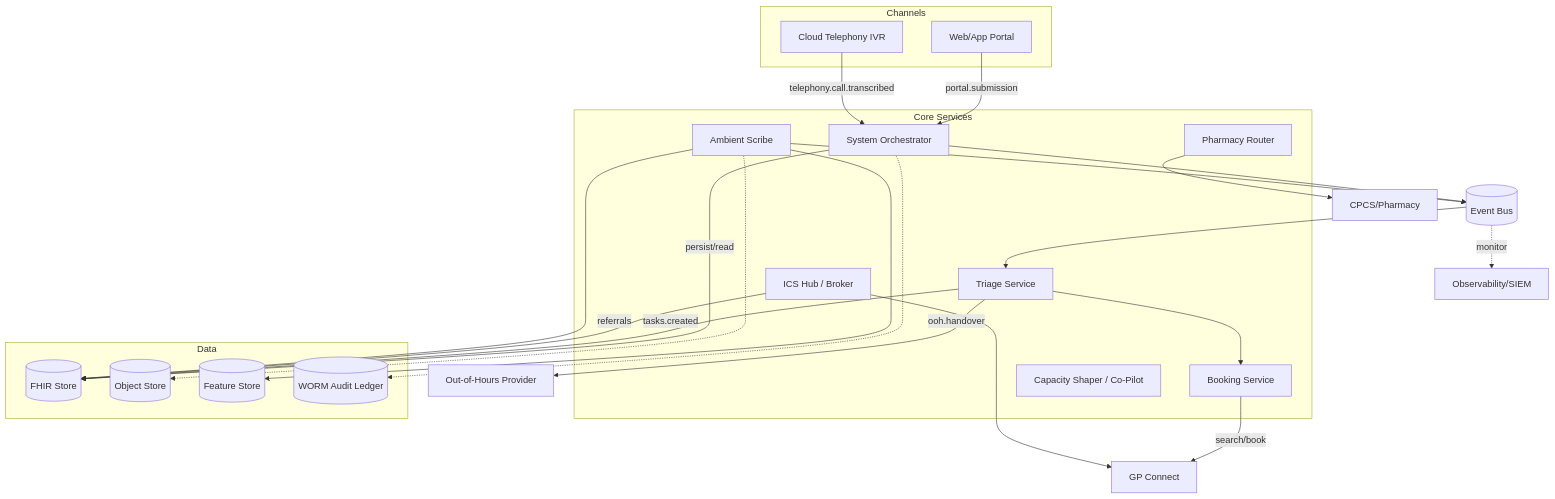
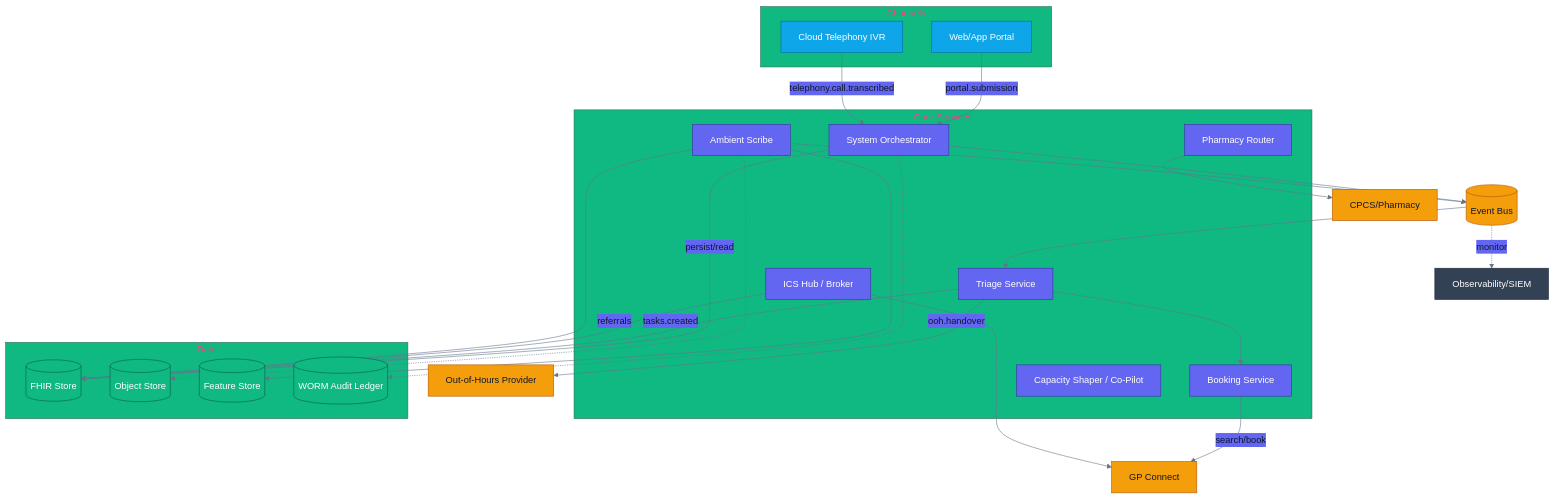
The first of 13 diagrams in Algorithm.md (georgeahmed/onecare), drawn with Mermaid before and after one commit. The commit also changed other lines of this file, not shown here.

````diff
--- a/Algorithm.md
+++ b/Algorithm.md
@@ -126,49 +130,70 @@
 ```mermaid
+%%{init: {'theme':'base', 'themeVariables': {
+  'primaryColor': '#0ea5e9',
+  'secondaryColor': '#6366f1',
+  'tertiaryColor': '#10b981',
+  'primaryTextColor': '#0f172a',
+  'lineColor': '#64748b',
+  'fontFamily': 'Inter, ui-sans-serif, system-ui',
+  'fontSize': '16px'
+}}}%%
 graph TD
   subgraph Channels
     P[Web/App Portal]
     T[Cloud Telephony IVR]
   end
 
   subgraph Core Services
     O[System Orchestrator]
     TR[Triage Service]
     BK[Booking Service]
     PH[Pharmacy Router]
     CS[Capacity Shaper / Co-Pilot]
     SC[Ambient Scribe]
     ICS[ICS Hub / Broker]
   end
 
   subgraph Data
     FHIR[(FHIR Store)]
     OBJ[(Object Store)]
     FEAT[(Feature Store)]
     AUD[(WORM Audit Ledger)]
   end
 
   EB[(Event Bus)]
   OBS[Observability/SIEM]
   GP[GP Connect]
   CPCS[CPCS/Pharmacy]
   OOH[Out-of-Hours Provider]
 
   P -->|portal.submission| O
   T -->|telephony.call.transcribed| O
   O -->|persist/read| FHIR
   O --> EB
   EB --> TR
   TR -->|tasks.created| FHIR
   TR --> BK
   BK -->|search/book| GP
   PH --> CPCS
   SC --> EB
   ICS --> GP
   ICS -->|referrals| FHIR
   O -.-> AUD
   EB -.monitor.-> OBS
   TR -->|ooh.handover| OOH
   SC --> FHIR
   SC --> FEAT
   SC -.-> OBJ
+
+  classDef channel fill:#0ea5e9,stroke:#0369a1,color:#ffffff;
+  classDef core fill:#6366f1,stroke:#3730a3,color:#ffffff;
+  classDef data fill:#10b981,stroke:#065f46,color:#ffffff;
+  classDef ext fill:#f59e0b,stroke:#b45309,color:#0f172a;
+  classDef audit fill:#334155,stroke:#1f2937,color:#ffffff;
+
+  class P,T channel;
+  class O,TR,BK,PH,CS,SC,ICS core;
+  class FHIR,OBJ,FEAT,AUD data;
+  class EB,GP,CPCS,OOH ext;
+  class OBS audit;
 ```
````
